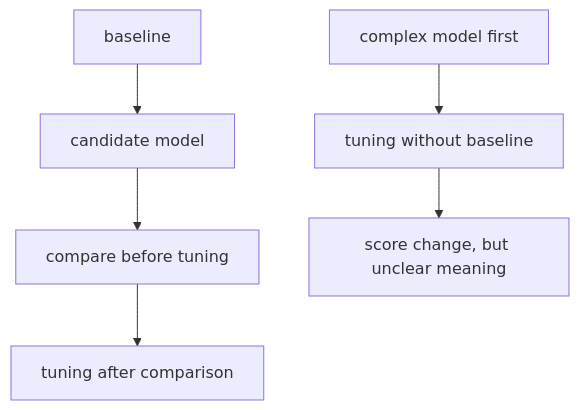
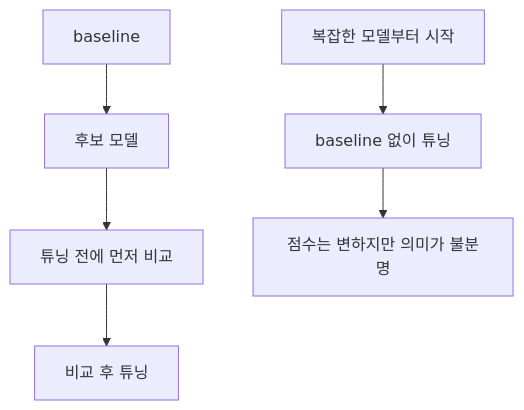
The third of 4 diagrams in docs/parts/part-04/chapter-08/section-02.md (devchan64/AiBook), drawn with Mermaid before and after one commit. The commit also changed other lines of this file and 138 other files, not shown here.

````diff
--- a/docs/parts/part-04/chapter-08/section-02.md
+++ b/docs/parts/part-04/chapter-08/section-02.md
@@ -288,13 +288,13 @@
 ```mermaid
 flowchart TB
   A["baseline"]
-  B["candidate model"]
-  C["compare before tuning"]
-  D["tuning after comparison"]
-  E["complex model first"]
-  F["tuning without baseline"]
-  G["score change, but unclear meaning"]
+  B["후보 모델"]
+  C["튜닝 전에 먼저 비교"]
+  D["비교 후 튜닝"]
+  E["복잡한 모델부터 시작"]
+  F["baseline 없이 튜닝"]
+  G["점수는 변하지만 의미가 불분명"]
 
   A --> B --> C --> D
   E --> F --> G
 ```
````
